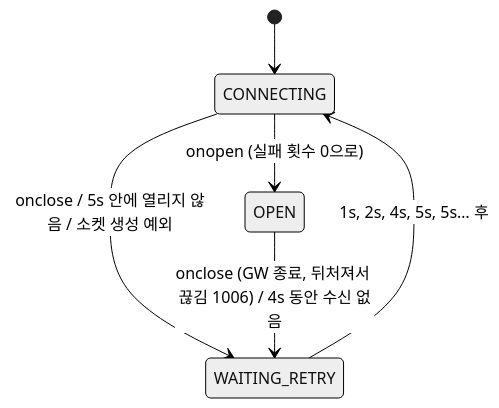
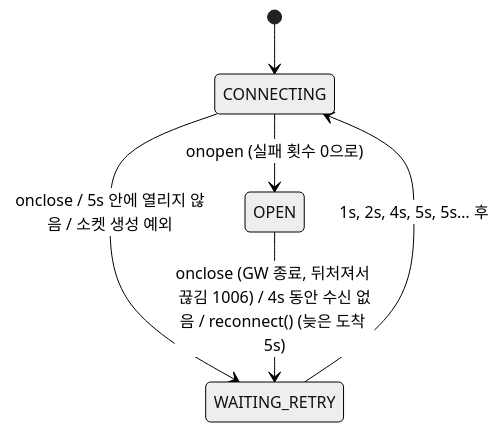
One commit to PuniPaw/ugv-control-hmi changed the sixth of 6 diagrams in docs/03_SDD.md. Above: the diagram before and after it, drawn with Mermaid (neutral theme). The commit also changed other lines of this file and 5 other files, not shown here.

````diff
--- a/docs/03_SDD.md
+++ b/docs/03_SDD.md
@@ -231,8 +236,8 @@
 ```mermaid
 stateDiagram-v2
     [*] --> CONNECTING
     CONNECTING --> OPEN: onopen (실패 횟수 0으로)
     CONNECTING --> WAITING_RETRY: onclose / 5s 안에 열리지 않음 / 소켓 생성 예외
-    OPEN --> WAITING_RETRY: onclose (GW 종료, 뒤처져서 끊김 1006) / 4s 동안 수신 없음
+    OPEN --> WAITING_RETRY: onclose (GW 종료, 뒤처져서 끊김 1006) / 4s 동안 수신 없음 / reconnect() (늦은 도착 5s)
     WAITING_RETRY --> CONNECTING: 1s, 2s, 4s, 5s, 5s… 후
 ```
````
